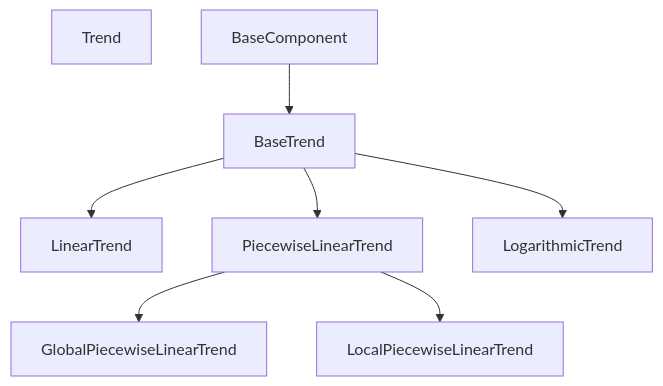
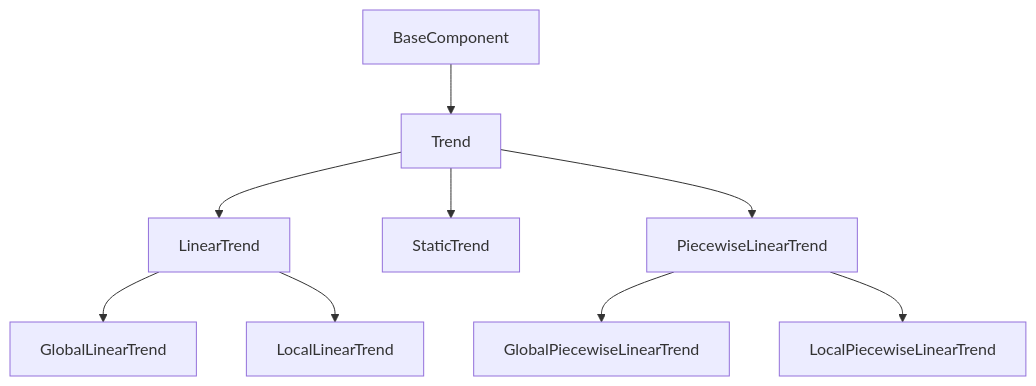
One commit to ourownstory/neural_prophet changed the diagram in neuralprophet/components/structure.md. Above: the diagram before and after it, drawn with Mermaid. The commit also changed 5 other files, not shown here.

Commit message:
renamed trend base

````diff
--- a/neuralprophet/components/structure.md
+++ b/neuralprophet/components/structure.md
@@ -1,10 +1,11 @@
 ```mermaid
 flowchart TD
-    Trend
-    BaseComponent --> BaseTrend
-    BaseTrend --> LinearTrend
-    BaseTrend --> PiecewiseLinearTrend
+    BaseComponent --> Trend
+    Trend --> LinearTrend
+    LinearTrend --> GlobalLinearTrend
+    LinearTrend --> LocalLinearTrend
+    Trend --> StaticTrend
+    Trend --> PiecewiseLinearTrend
     PiecewiseLinearTrend --> GlobalPiecewiseLinearTrend
     PiecewiseLinearTrend --> LocalPiecewiseLinearTrend
-    BaseTrend --> LogarithmicTrend
 ```
````
